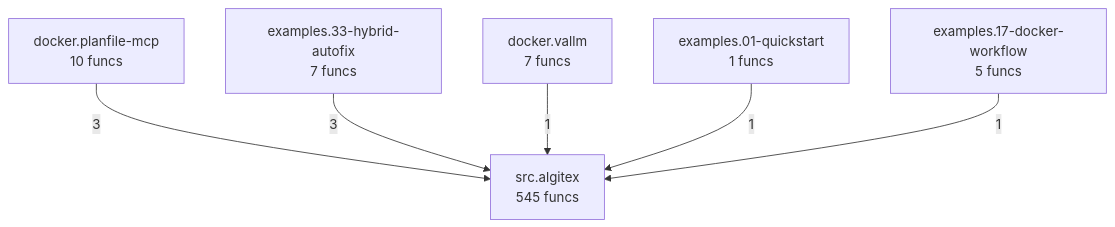
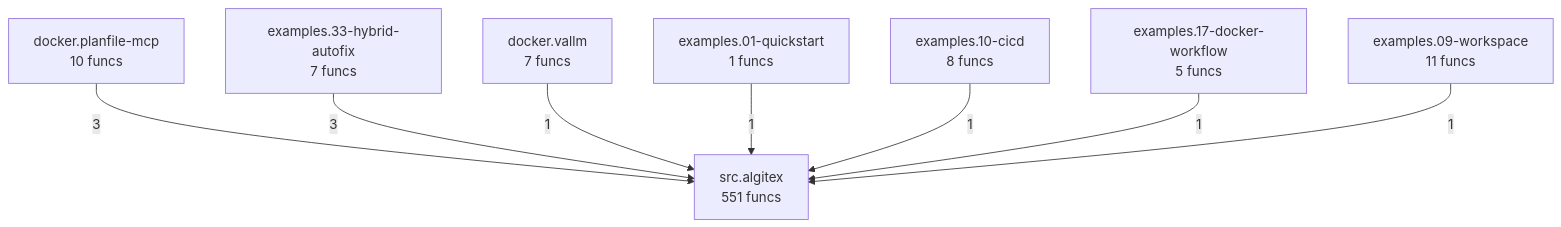
Before and after one commit to semcod/algitex: the diagram in project/compact_flow.mmd, drawn with Mermaid. The commit also changed 26 other files, not shown here.

```diff
--- a/project/compact_flow.mmd
+++ b/project/compact_flow.mmd
@@ -1,12 +1,16 @@
 flowchart TD
     docker__planfile_mcp["docker.planfile-mcp<br/>10 funcs"]
     docker__vallm["docker.vallm<br/>7 funcs"]
     examples__01_quickstart["examples.01-quickstart<br/>1 funcs"]
+    examples__09_workspace["examples.09-workspace<br/>11 funcs"]
+    examples__10_cicd["examples.10-cicd<br/>8 funcs"]
     examples__17_docker_workflow["examples.17-docker-workflow<br/>5 funcs"]
     examples__33_hybrid_autofix["examples.33-hybrid-autofix<br/>7 funcs"]
-    src__algitex["src.algitex<br/>545 funcs"]
+    src__algitex["src.algitex<br/>551 funcs"]
     docker__planfile_mcp -->|3| src__algitex
     examples__33_hybrid_autofix -->|3| src__algitex
     docker__vallm -->|1| src__algitex
     examples__01_quickstart -->|1| src__algitex
+    examples__10_cicd -->|1| src__algitex
     examples__17_docker_workflow -->|1| src__algitex
+    examples__09_workspace -->|1| src__algitex
```
